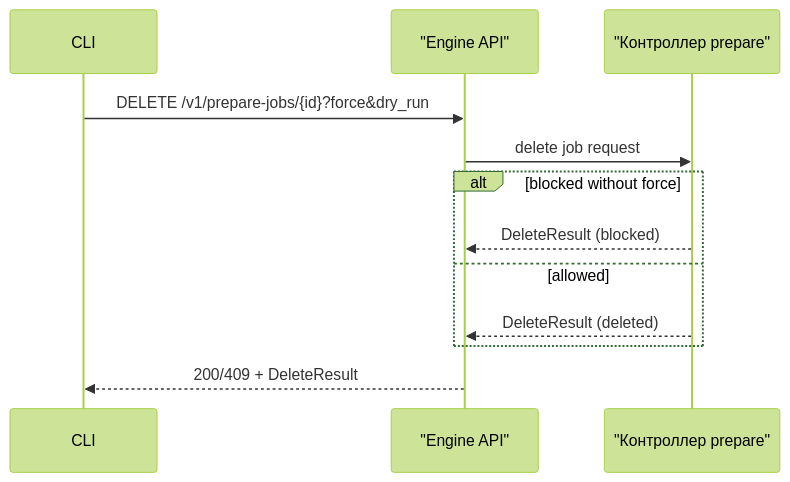
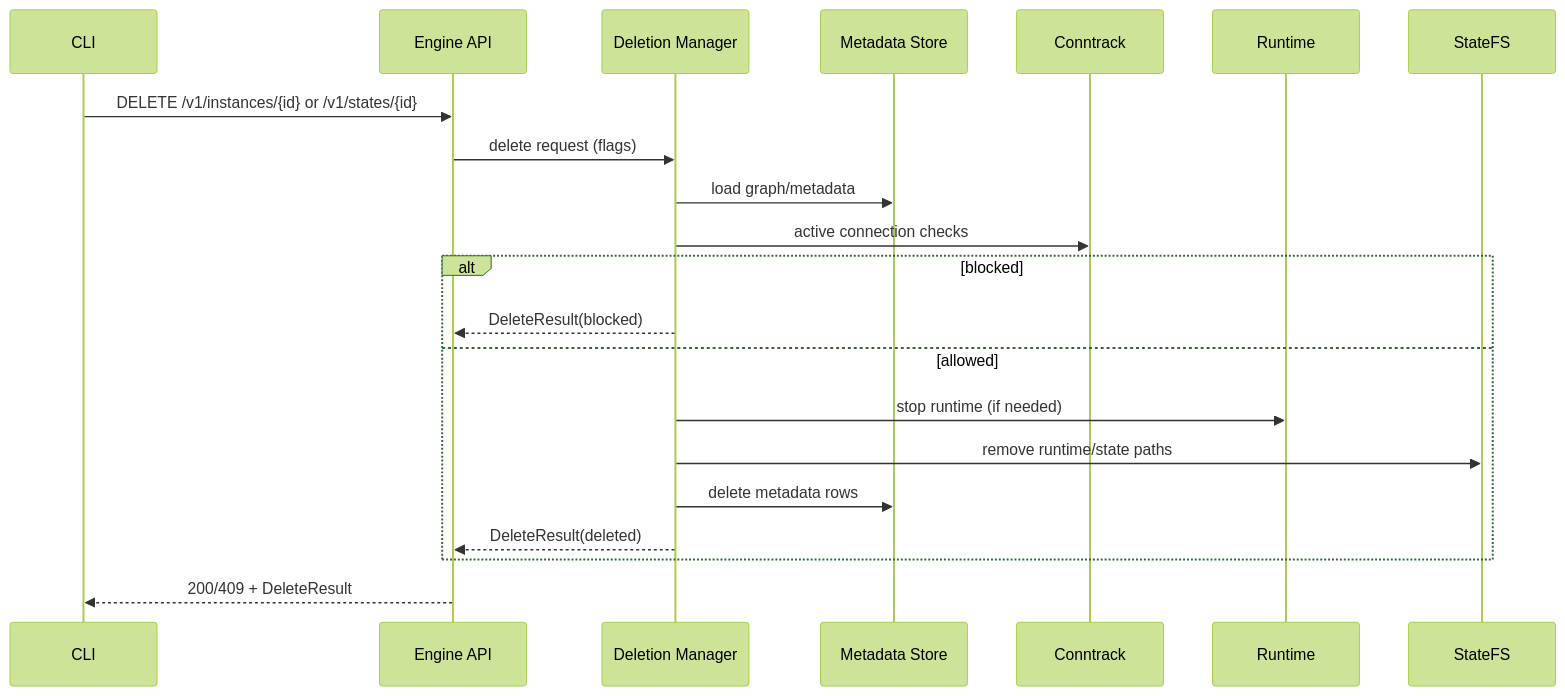
Before and after one commit to kimak-irmagi/taidon: the fifth of 5 diagrams in docs/architecture/engine-internals.RU.md, drawn with Mermaid (forest theme). The commit also changed other lines of this file and 9 other files, not shown here.

````diff
--- a/docs/architecture/engine-internals.RU.md
+++ b/docs/architecture/engine-internals.RU.md
@@ -312,15 +205,24 @@
 ```mermaid
 sequenceDiagram
   participant CLI as CLI
-  participant API as "Engine API"
-  participant CTRL as "Контроллер prepare"
+  participant API as Engine API
+  participant DEL as Deletion Manager
+  participant STORE as Metadata Store
+  participant CONN as Conntrack
+  participant RT as Runtime
+  participant STATEFS as StateFS
 
-  CLI->>API: DELETE /v1/prepare-jobs/{id}?force&dry_run
-  API->>CTRL: delete job request
-  alt blocked without force
-    CTRL-->>API: DeleteResult (blocked)
+  CLI->>API: DELETE /v1/instances/{id} or /v1/states/{id}
+  API->>DEL: delete request (flags)
+  DEL->>STORE: load graph/metadata
+  DEL->>CONN: active connection checks
+  alt blocked
+    DEL-->>API: DeleteResult(blocked)
   else allowed
-    CTRL-->>API: DeleteResult (deleted)
+    DEL->>RT: stop runtime (if needed)
+    DEL->>STATEFS: remove runtime/state paths
+    DEL->>STORE: delete metadata rows
+    DEL-->>API: DeleteResult(deleted)
   end
   API-->>CLI: 200/409 + DeleteResult
 ```
````
